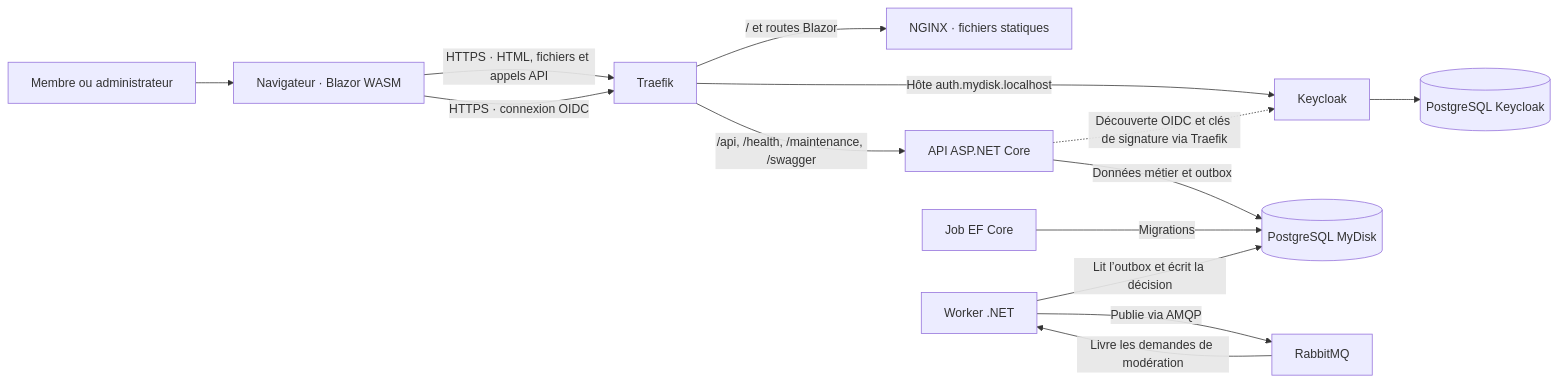
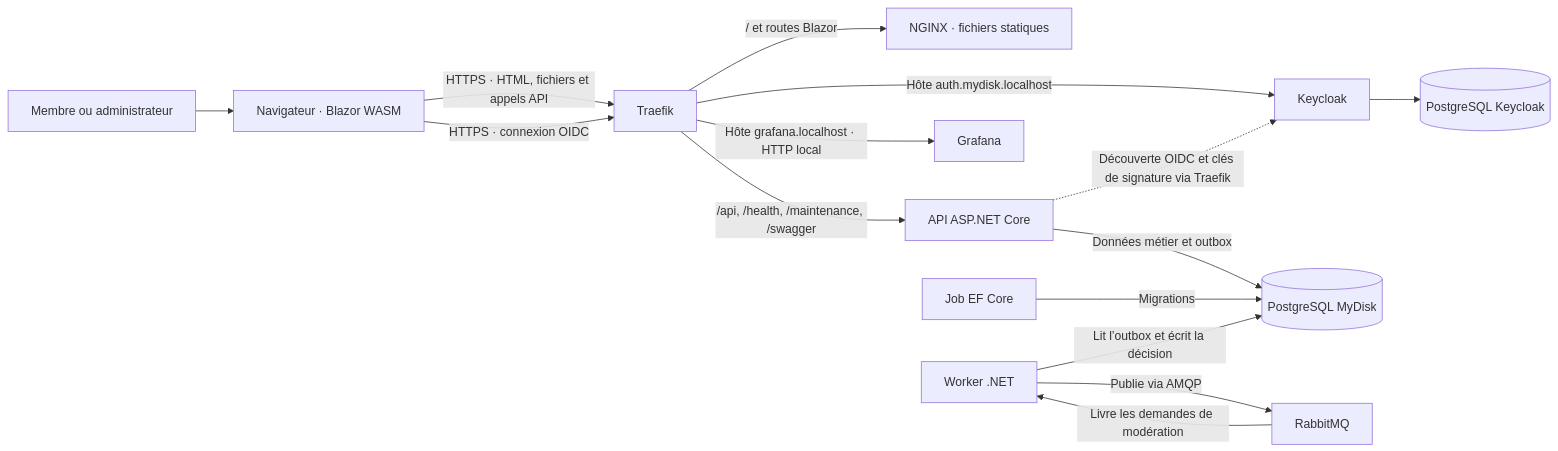
Before and after one commit to Fabian-Raeskinet/mydisk-api: the first of 5 diagrams in docs/ARCHITECTURE.md, drawn with Mermaid. The commit also changed other lines of this file and 2 other files, not shown here.

Commit message:
update architecture and usage documentation to include Grafana and clarify worker deployment on AKS

````diff
--- a/docs/ARCHITECTURE.md
+++ b/docs/ARCHITECTURE.md
@@ -16,18 +16,19 @@
 ```mermaid
 flowchart LR
     User["Membre ou administrateur"]
     Browser["Navigateur · Blazor WASM"]
     User --> Browser
     Browser -->|"HTTPS · HTML, fichiers et appels API"| Ingress["Traefik"]
     Browser -->|"HTTPS · connexion OIDC"| Ingress
     Ingress -->|"/ et routes Blazor"| Front["NGINX · fichiers statiques"]
     Ingress -->|"/api, /health, /maintenance, /swagger"| API["API ASP.NET Core"]
     Ingress -->|"Hôte auth.mydisk.localhost"| IDP["Keycloak"]
+    Ingress -->|"Hôte grafana.localhost · HTTP local"| Grafana["Grafana"]
     API -.->|"Découverte OIDC et clés de signature via Traefik"| IDP
     IDP --> IDPDB[("PostgreSQL Keycloak")]
     API -->|"Données métier et outbox"| DB[("PostgreSQL MyDisk")]
     Job["Job EF Core"] -->|"Migrations"| DB
     Worker["Worker .NET"] -->|"Lit l’outbox et écrit la décision"| DB
     Worker -->|"Publie via AMQP"| MQ["RabbitMQ"]
     MQ -->|"Livre les demandes de modération"| Worker
 ```
````
